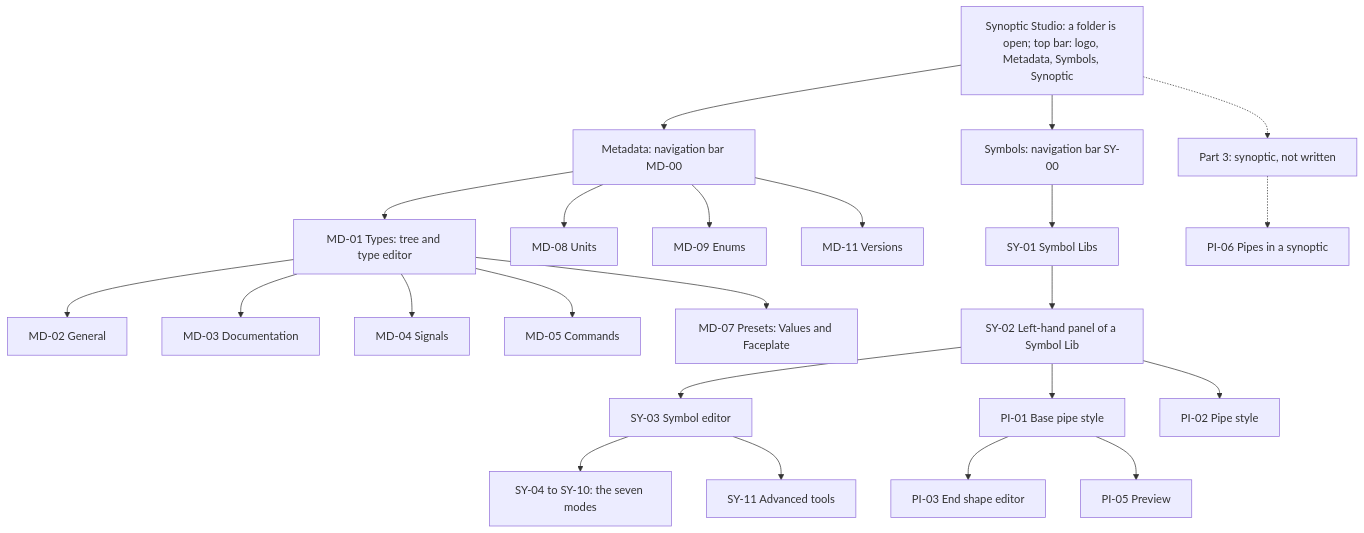
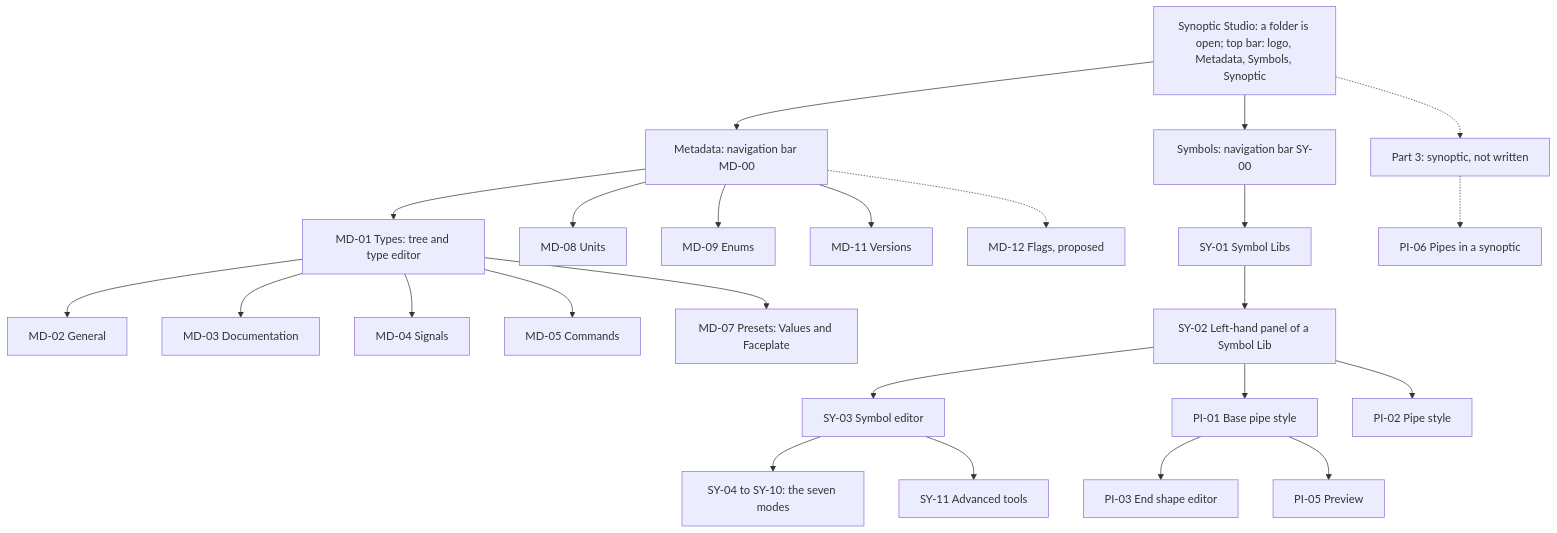
One commit to AlexandreGallais/synoptic-studio-spec changed the sixth of 6 diagrams in screens/README.md. Above: the diagram before and after it, drawn with Mermaid. The commit also changed other lines of this file and 13 other files, not shown here.

````diff
--- a/screens/README.md
+++ b/screens/README.md
@@ -181,27 +189,28 @@
 ```mermaid
 flowchart TD
     APP["Synoptic Studio: a folder is open; top bar: logo, Metadata, Symbols, Synoptic"] --> MD["Metadata: navigation bar MD-00"]
     APP --> SY["Symbols: navigation bar SY-00"]
     APP -.-> P3["Part 3: synoptic, not written"]
 
     MD --> MD01["MD-01 Types: tree and type editor"]
     MD01 --> MD02["MD-02 General"]
     MD01 --> MD03["MD-03 Documentation"]
     MD01 --> MD04["MD-04 Signals"]
     MD01 --> MD05["MD-05 Commands"]
     MD01 --> MD07["MD-07 Presets: Values and Faceplate"]
     MD --> MD08["MD-08 Units"]
     MD --> MD09["MD-09 Enums"]
     MD --> MD11["MD-11 Versions"]
+    MD -.-> MD12["MD-12 Flags, proposed"]
 
     SY --> SY01["SY-01 Symbol Libs"]
     SY01 --> SY02["SY-02 Left-hand panel of a Symbol Lib"]
     SY02 --> SY03["SY-03 Symbol editor"]
     SY03 --> SY04["SY-04 to SY-10: the seven modes"]
     SY03 --> SY11["SY-11 Advanced tools"]
     SY02 --> PI01["PI-01 Base pipe style"]
     SY02 --> PI02["PI-02 Pipe style"]
     PI01 --> PI03["PI-03 End shape editor"]
     PI01 --> PI05["PI-05 Preview"]
     P3 -.-> PI06["PI-06 Pipes in a synoptic"]
 ```
````
